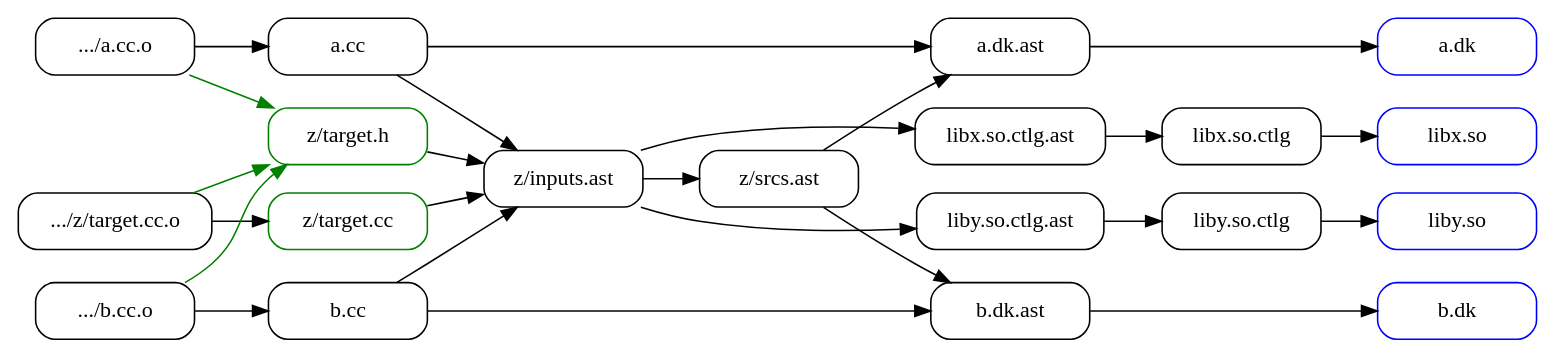
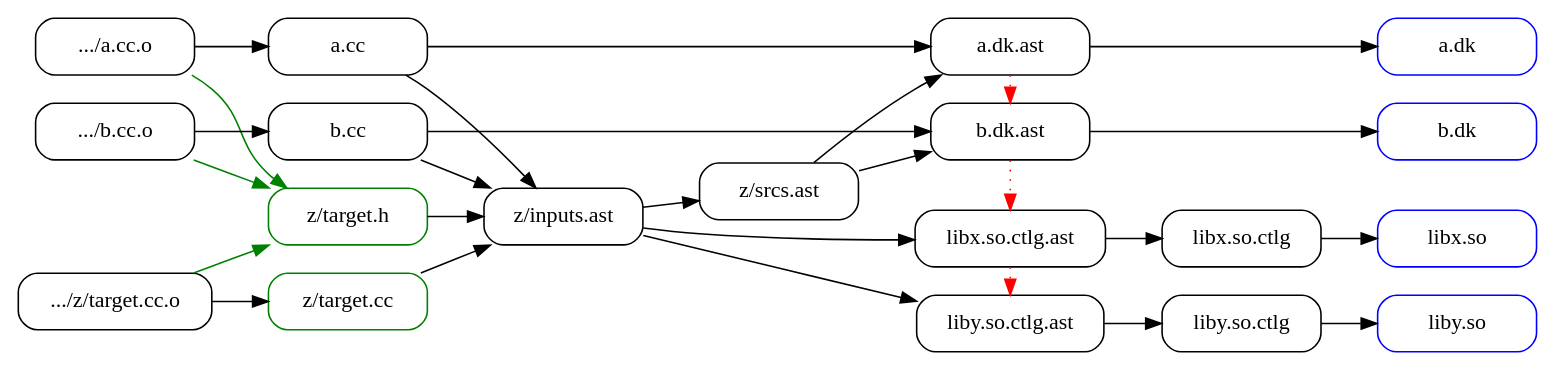
One commit to Ayyzee/dakota changed the diagram in depends.dot. Above: the diagram before and after it, drawn with Graphviz.

Commit message:
Improve layout.

```diff
--- a/depends.dot
+++ b/depends.dot
@@ -1,58 +1,61 @@
 digraph {
   graph [ rankdir = LR, dir = back ];
   node [ shape = rect, style = rounded, width = 1.4 ];
 
   "a.dk" [ color = blue ];
   "b.dk" [ color = blue ];
   "libx.so" [ color = blue ];
   "liby.so" [ color = blue ];
   "z/target.h" [ color = green ];
   "z/target.cc" [ color = green ];
 
-  ".../z/target.cc.o" -> "z/target.cc" [ weight = 3 ];
+  ".../z/target.cc.o" -> "z/target.cc" [ weight = 2 ];
   ".../z/target.cc.o" -> "z/target.h" [ color = green ];
 
-  ".../a.cc.o" -> "a.cc" [ weight = 3 ]
+  ".../a.cc.o" -> "a.cc" [ weight = 2 ]
   ".../a.cc.o" -> "z/target.h" [ color = green ];
 
-  ".../b.cc.o" -> "b.cc" [ weight = 3 ];
+  ".../b.cc.o" -> "b.cc" [ weight = 2 ];
   ".../b.cc.o" -> "z/target.h" [ color = green ];
 
   "z/target.h" -> "z/inputs.ast";
   "z/target.cc" -> "z/inputs.ast";
 
   "a.cc" -> "z/inputs.ast";
-  "a.cc" -> "a.dk.ast" [ weight = 3 ];
+  "a.cc" -> "a.dk.ast" [ weight = 2 ];
   
   "b.cc" -> "z/inputs.ast";
-  "b.cc" -> "b.dk.ast" [ weight = 3 ];
+  "b.cc" -> "b.dk.ast" [ weight = 2 ];
   
   "z/inputs.ast" -> "z/srcs.ast";
   "z/inputs.ast" -> "libx.so.ctlg.ast";
   "z/inputs.ast" -> "liby.so.ctlg.ast";
 
   "z/srcs.ast" -> "a.dk.ast" -> "a.dk";
   "z/srcs.ast" -> "b.dk.ast" -> "b.dk";
 
   "libx.so.ctlg.ast" -> "libx.so.ctlg" -> "libx.so";
   "liby.so.ctlg.ast" -> "liby.so.ctlg" -> "liby.so";
 
   // layout control below
   subgraph {
     graph [ rank = same ];
     "a.dk.ast";
     "b.dk.ast";
     "libx.so.ctlg.ast";
     "liby.so.ctlg.ast";
   }
   subgraph {
     graph [ rank = same ];
     "a.dk";
     "b.dk";
     "libx.so";
     "liby.so";
   }
-  "libx.so.ctlg.ast" -> "liby.so.ctlg.ast" [ color = red, style = invis ];
-  "z/srcs.ast" -> "libx.so.ctlg.ast" [ color = red, style = invis ];
-  "z/srcs.ast" -> "liby.so.ctlg.ast" [ color = red, style = invis ];
+//   "libx.so.ctlg.ast" -> "liby.so.ctlg.ast" [ color = red, style = dotted ];
+//   "z/srcs.ast" -> "libx.so.ctlg.ast" [ color = red, style = dotted ];
+//   "z/srcs.ast" -> "liby.so.ctlg.ast" [ color = red, style = dotted ];
+  "a.dk.ast" -> "b.dk.ast" [ color = red, style = dotted ];
+  "libx.so.ctlg.ast" -> "liby.so.ctlg.ast" [ color = red, style = dotted ];
+  "b.dk.ast" -> "libx.so.ctlg.ast" [ color = red, style = dotted ];
 }
```
